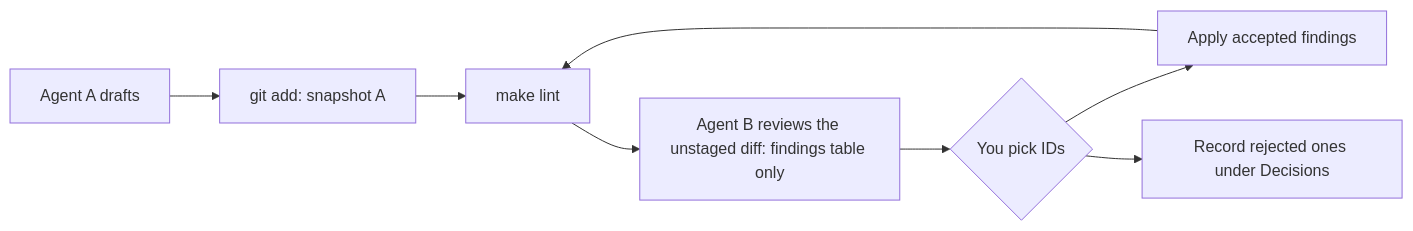
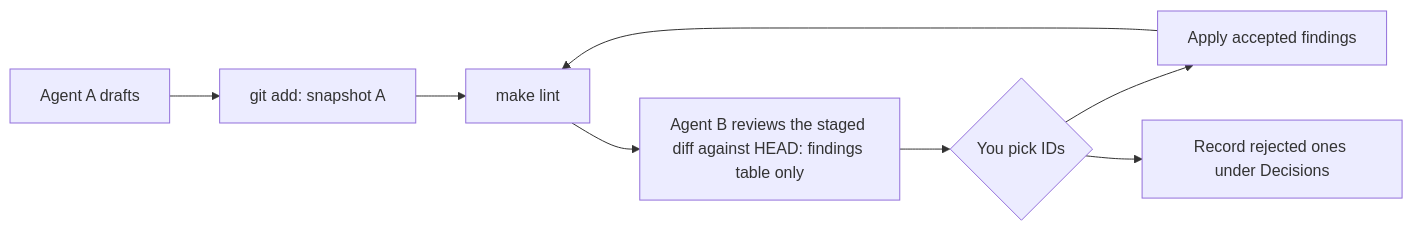
Before and after one commit to cv47522/xv6-riscv: the diagram in .agents/README.md, drawn with Mermaid. The commit also changed other lines of this file and 10 other files, not shown here.

````diff
--- a/.agents/README.md
+++ b/.agents/README.md
@@ -23,10 +23,10 @@
 ```mermaid
 flowchart LR
     A[Agent A drafts] --> S[git add: snapshot A]
     S --> L[make lint]
-    L --> R[Agent B reviews the unstaged diff: findings table only]
+    L --> R[Agent B reviews the staged diff against HEAD: findings table only]
     R --> U{You pick IDs}
     U --> P[Apply accepted findings]
     U --> D[Record rejected ones under Decisions]
     P --> L
 ```
````
